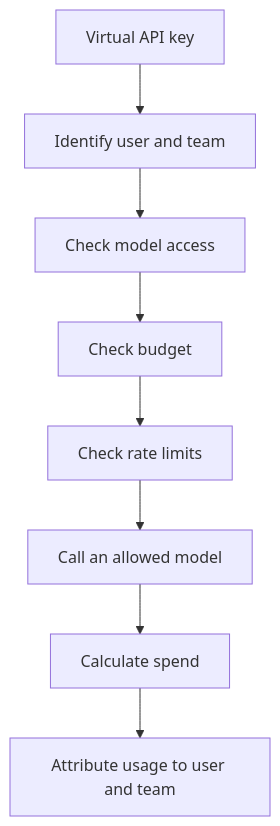
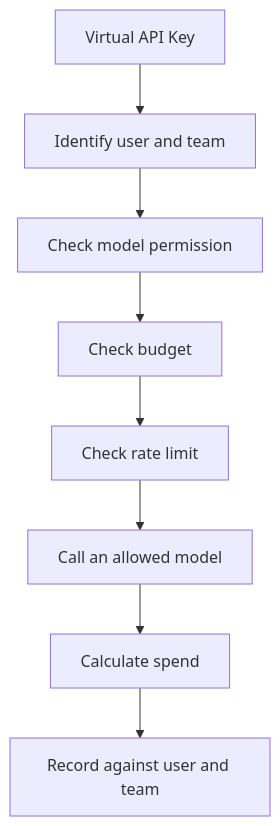
Before and after one commit to zj75968-cpu/docusaurus: the ninth of 11 diagrams in website/i18n/en/docusaurus-plugin-content-docs/current/knowledge-base/guides/litellm-project-guide.md, drawn with Mermaid. The commit also changed other lines of this file and 1 other file, not shown here.

````diff
--- a/website/i18n/en/docusaurus-plugin-content-docs/current/knowledge-base/guides/litellm-project-guide.md
+++ b/website/i18n/en/docusaurus-plugin-content-docs/current/knowledge-base/guides/litellm-project-guide.md
@@ -367,10 +389,10 @@
 ```mermaid
 flowchart TD
-    A["Virtual API key"] --> B["Identify user and team"]
-    B --> C["Check model access"]
+    A["Virtual API Key"] --> B["Identify user and team"]
+    B --> C["Check model permission"]
     C --> D["Check budget"]
-    D --> E["Check rate limits"]
+    D --> E["Check rate limit"]
     E --> F["Call an allowed model"]
     F --> G["Calculate spend"]
-    G --> H["Attribute usage to user and team"]
+    G --> H["Record against user and team"]
 ```
````
